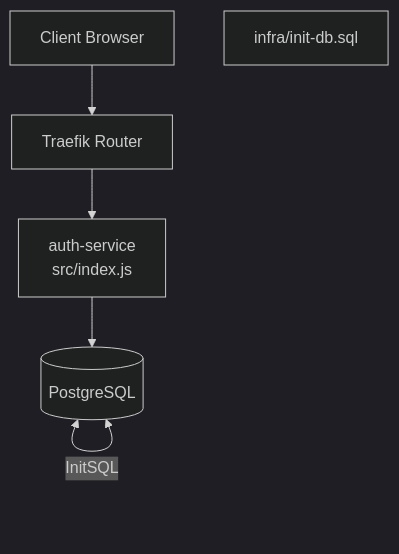
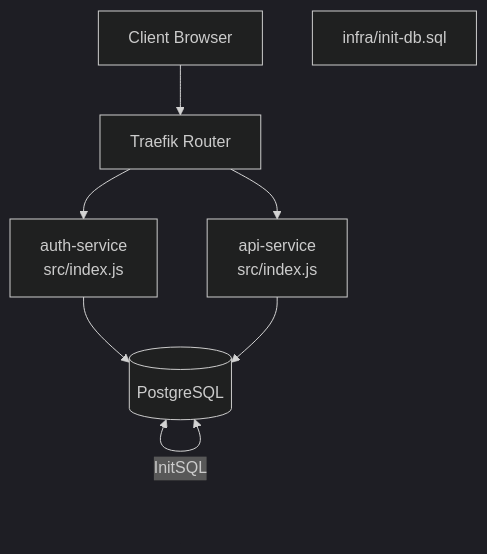
Before and after one commit to ikramhh/signvue-project: the second of 10 diagrams in .qoder/repowiki/en/content/Authentication Service.md, drawn with Mermaid (dark theme). The commit also changed other lines of this file and 5 other files, not shown here.

````diff
--- a/.qoder/repowiki/en/content/Authentication Service.md
+++ b/.qoder/repowiki/en/content/Authentication Service.md
@@ -73,12 +91,15 @@
 ```mermaid
 graph TB
 Client["Client Browser"]
 Traefik["Traefik Router"]
 AuthSvc["auth-service<br/>src/index.js"]
+APIService["api-service<br/>src/index.js"]
 DB[("PostgreSQL")]
 InitSQL["infra/init-db.sql"]
 Client --> Traefik
 Traefik --> AuthSvc
+Traefik --> APIService
 AuthSvc --> DB
+APIService --> DB
 DB <-- InitSQL --> DB
 ```
````
